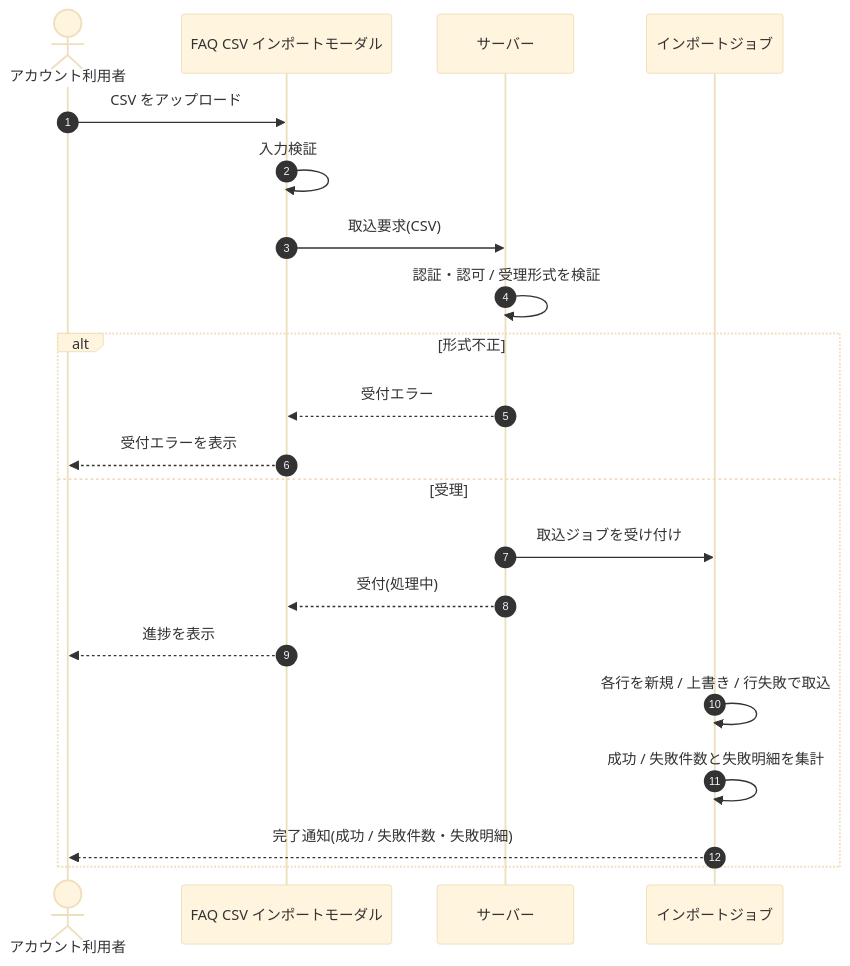
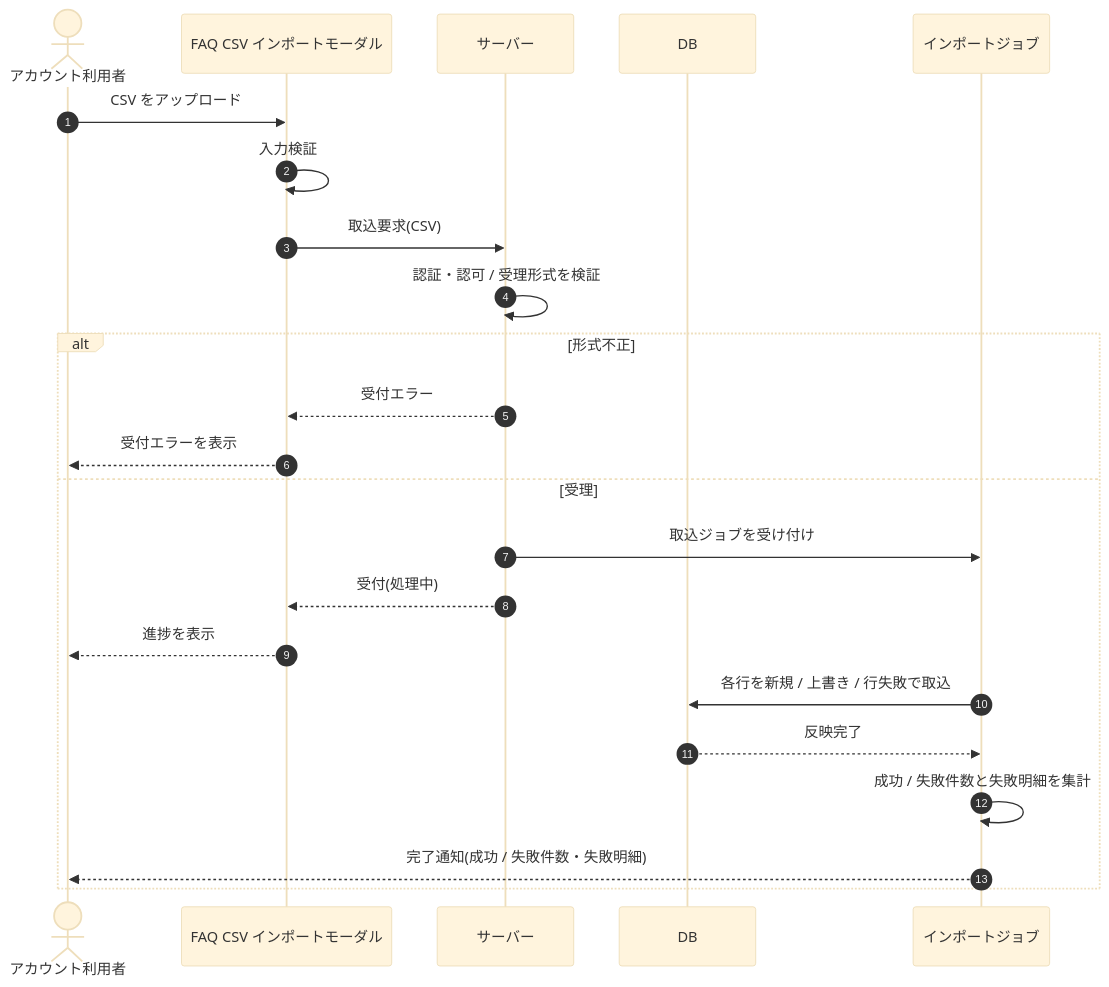
The diagram in 02_basic_design/03_sequences/SEQ-090.md (sikakou54/open-faq), drawn with Mermaid (base theme) before and after one commit. The commit also changed other lines of this file and 122 other files, not shown here.

First line of the commit message:
シーケンス図に DB アクターを追加(DB 操作をサーバー自己メッセージから分離)

````diff
--- a/02_basic_design/03_sequences/SEQ-090.md
+++ b/02_basic_design/03_sequences/SEQ-090.md
@@ -26,23 +26,25 @@
 ```mermaid
 sequenceDiagram
   autonumber
   actor U as アカウント利用者
   participant Screen as FAQ CSV インポートモーダル
   participant Server as サーバー
+  participant DB as DB
   participant J as インポートジョブ
   U->>Screen: CSV をアップロード
   Screen->>Screen: 入力検証
   Screen->>Server: 取込要求(CSV)
   Server->>Server: 認証・認可 / 受理形式を検証
   alt 形式不正
     Server-->>Screen: 受付エラー
     Screen-->>U: 受付エラーを表示
   else 受理
     Server->>J: 取込ジョブを受け付け
     Server-->>Screen: 受付(処理中)
     Screen-->>U: 進捗を表示
-    J->>J: 各行を新規 / 上書き / 行失敗で取込
+    J->>DB: 各行を新規 / 上書き / 行失敗で取込
+    DB-->>J: 反映完了
     J->>J: 成功 / 失敗件数と失敗明細を集計
     J-->>U: 完了通知(成功 / 失敗件数・失敗明細)
   end
 ```
````
